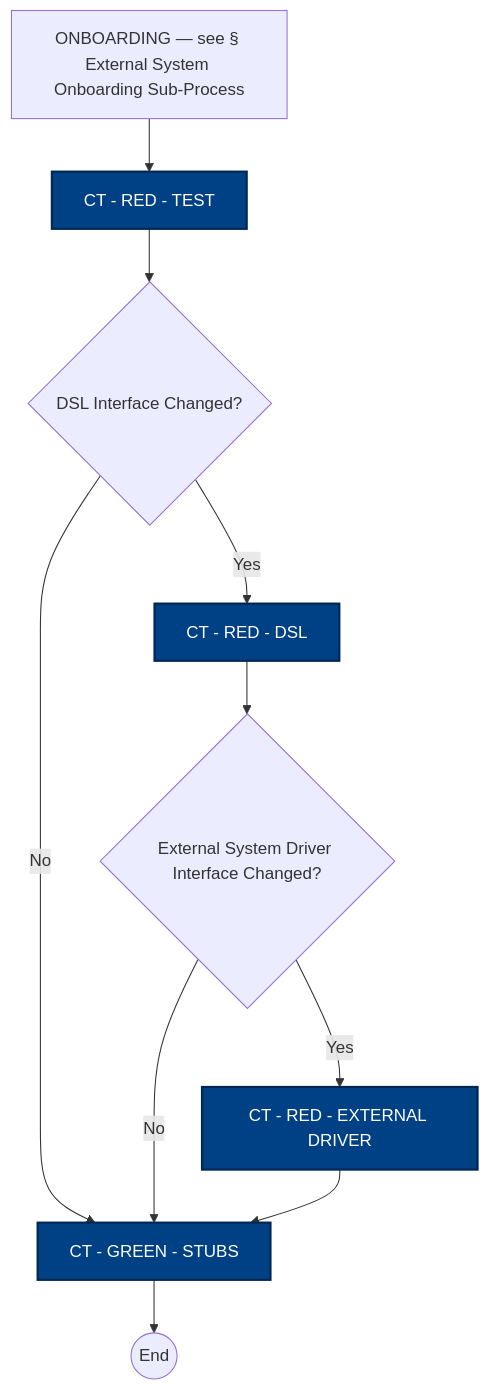
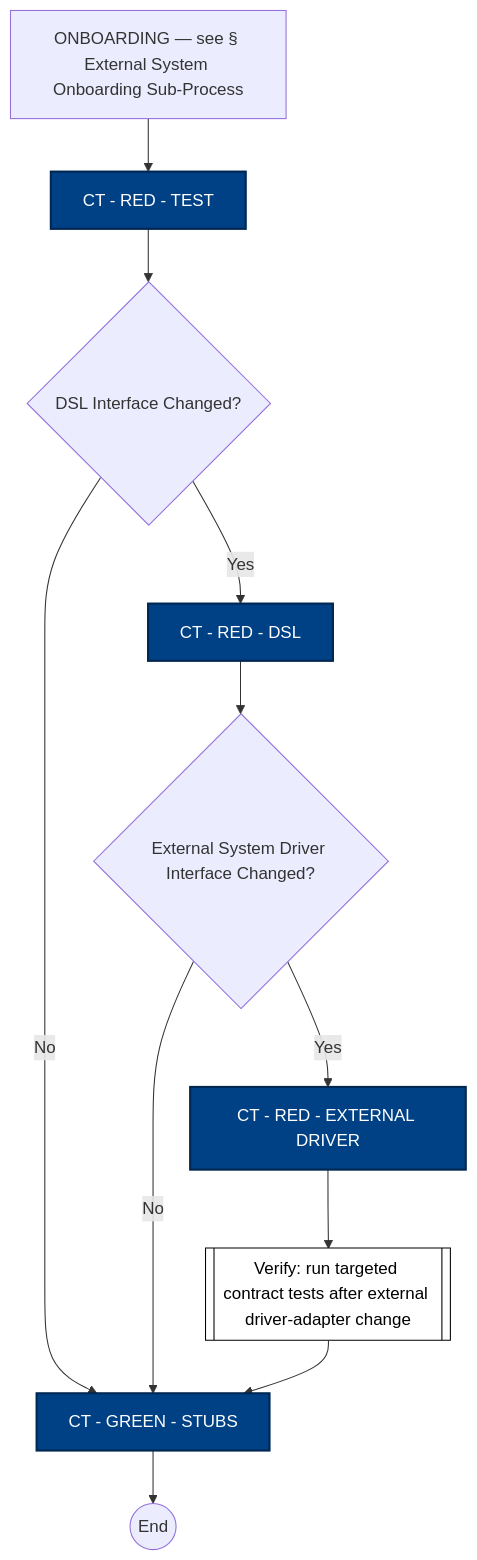
One commit to optivem/gh-optivem changed the seventh of 12 diagrams in docs/process-diagram.md. Above: the diagram before and after it, drawn with Mermaid. The commit also changed other lines of this file and 3 other files, not shown here.

Commit message:
atdd: regenerate process-flow diagram

````diff
--- a/docs/process-diagram.md
+++ b/docs/process-diagram.md
@@ -158,24 +163,29 @@
 ```mermaid
 flowchart TD
     CT_END((End))
     CT_GREEN_STUBS[CT - GREEN - STUBS]
     CT_RED_DSL[CT - RED - DSL]
     CT_RED_EXTERNAL_DRIVER[CT - RED - EXTERNAL DRIVER]
     CT_RED_TEST[CT - RED - TEST]
     GATE_DSL_CT{DSL Interface Changed?}
     GATE_EXT_CT{External System Driver Interface Changed?}
     ONBOARDING[ONBOARDING — see § External System Onboarding Sub-Process]
+    VERIFY_CT_DRIVER[[Verify: run targeted contract tests after external driver-adapter change]]
 
     ONBOARDING --> CT_RED_TEST
     CT_RED_TEST --> GATE_DSL_CT
     GATE_DSL_CT -- No --> CT_GREEN_STUBS
     GATE_DSL_CT -- Yes --> CT_RED_DSL
     CT_RED_DSL --> GATE_EXT_CT
     GATE_EXT_CT -- No --> CT_GREEN_STUBS
     GATE_EXT_CT -- Yes --> CT_RED_EXTERNAL_DRIVER
-    CT_RED_EXTERNAL_DRIVER --> CT_GREEN_STUBS
+    CT_RED_EXTERNAL_DRIVER --> VERIFY_CT_DRIVER
+    VERIFY_CT_DRIVER --> CT_GREEN_STUBS
     CT_GREEN_STUBS --> CT_END
+
+    classDef serviceNode fill:#ffffff,stroke:#000000,stroke-width:1px,color:#000000
+    class VERIFY_CT_DRIVER serviceNode
 
     classDef agentNode fill:#004085,stroke:#002752,stroke-width:2px,color:#ffffff
     class CT_GREEN_STUBS,CT_RED_DSL,CT_RED_EXTERNAL_DRIVER,CT_RED_TEST agentNode
 ```
````
